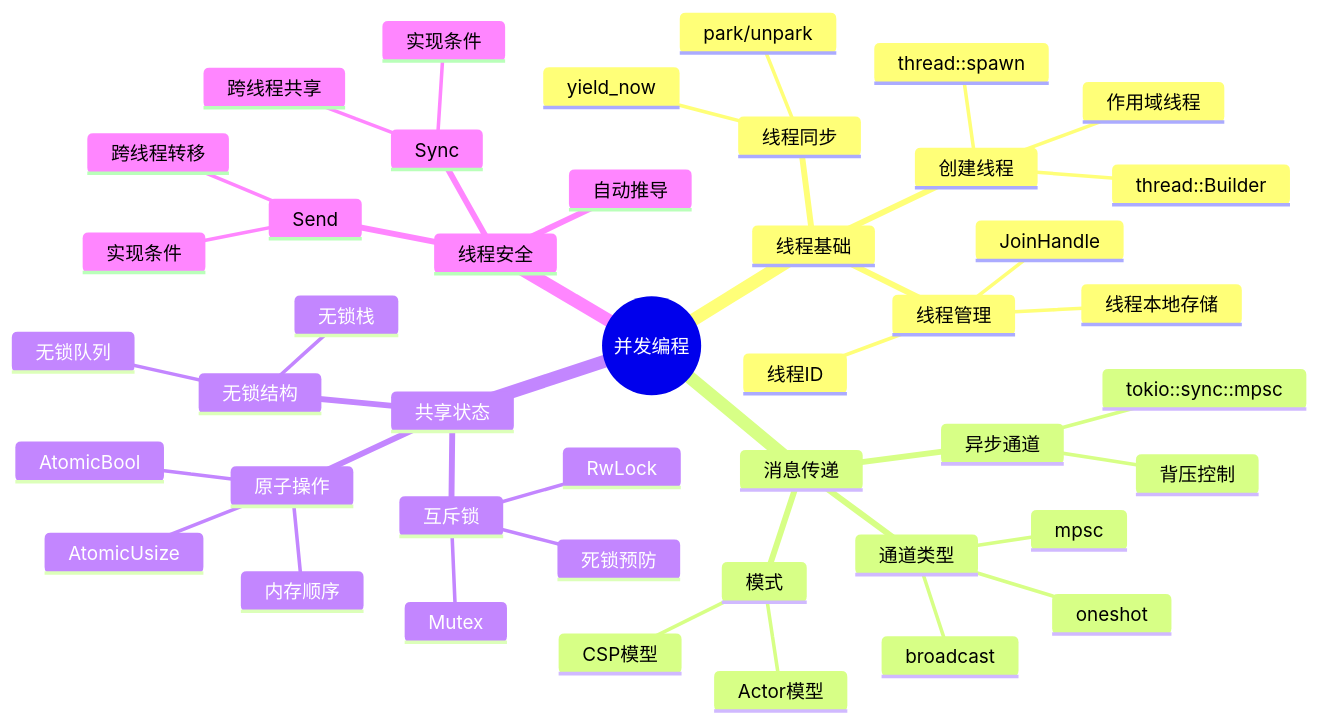
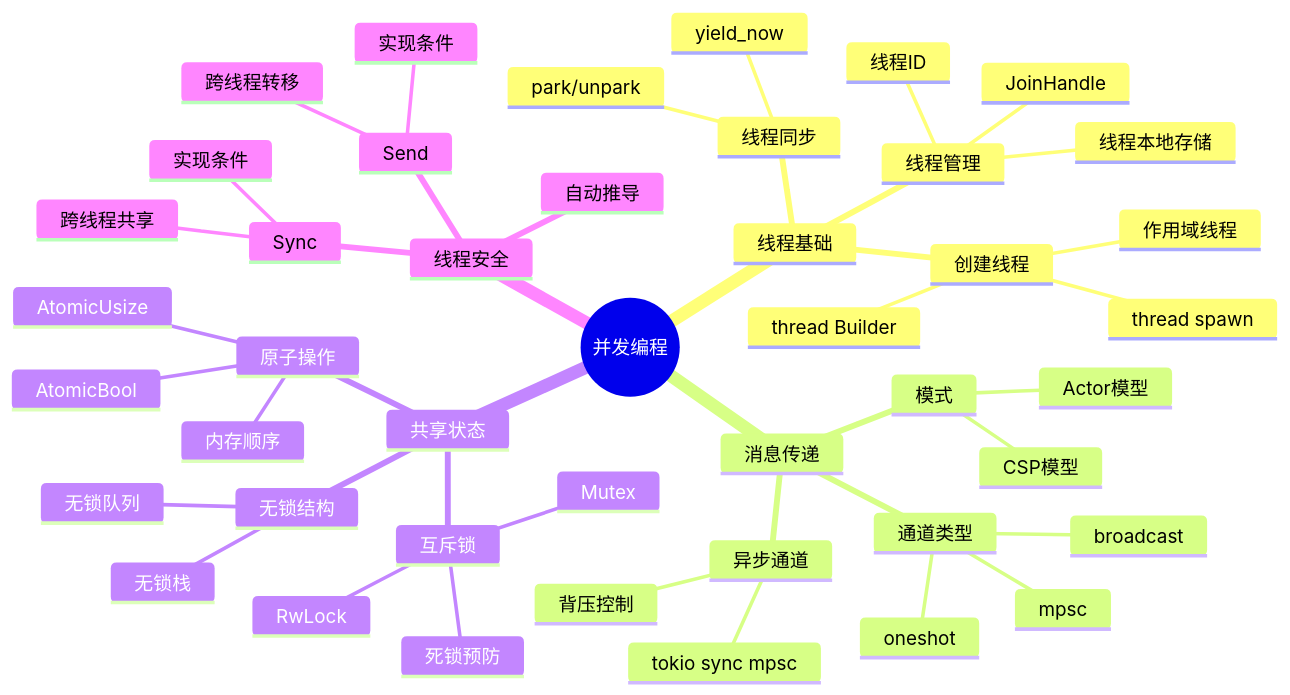
One commit to martin-ly/rust-lang changed the seventh of 30 diagrams in docs/04_thinking/04_thinking_representation_methods.md. Above: the diagram before and after it, drawn with Mermaid. The commit also changed other lines of this file and 97 other files, not shown here.

````diff
--- a/docs/04_thinking/04_thinking_representation_methods.md
+++ b/docs/04_thinking/04_thinking_representation_methods.md
@@ -403,47 +403,47 @@
 ```mermaid
 mindmap
   root((并发编程))
     线程基础
       创建线程
-        thread::spawn
-        thread::Builder
+        thread spawn
+        thread Builder
         作用域线程
       线程管理
         JoinHandle
         线程ID
         线程本地存储
       线程同步
         park/unpark
         yield_now
     消息传递
       通道类型
         mpsc
         oneshot
         broadcast
       异步通道
-        tokio::sync::mpsc
+        tokio sync mpsc
         背压控制
       模式
         CSP模型
         Actor模型
     共享状态
       互斥锁
         Mutex
         RwLock
         死锁预防
       原子操作
         AtomicUsize
         AtomicBool
         内存顺序
       无锁结构
         无锁队列
         无锁栈
     线程安全
       Send
         跨线程转移
         实现条件
       Sync
         跨线程共享
         实现条件
       自动推导
 ```
````
